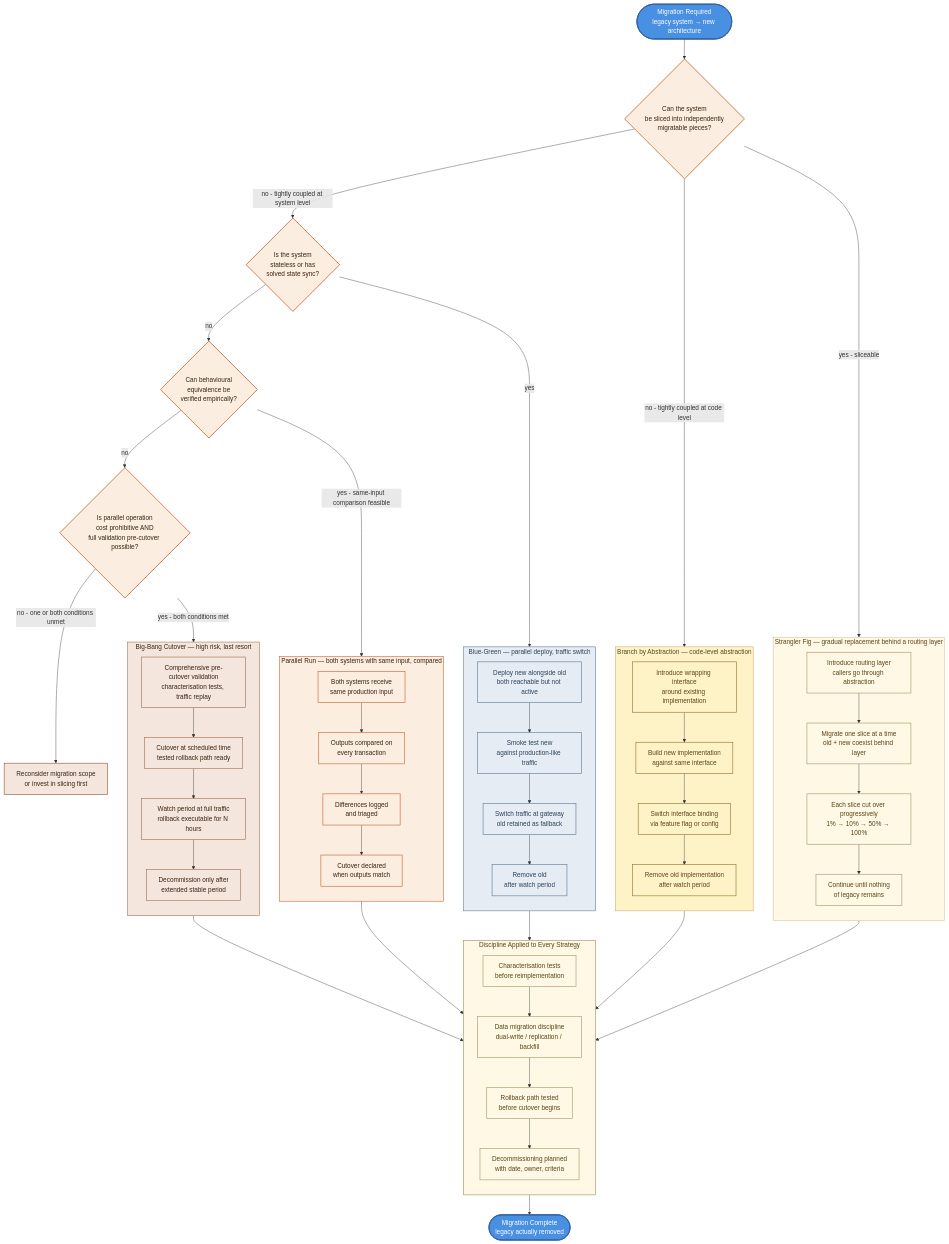
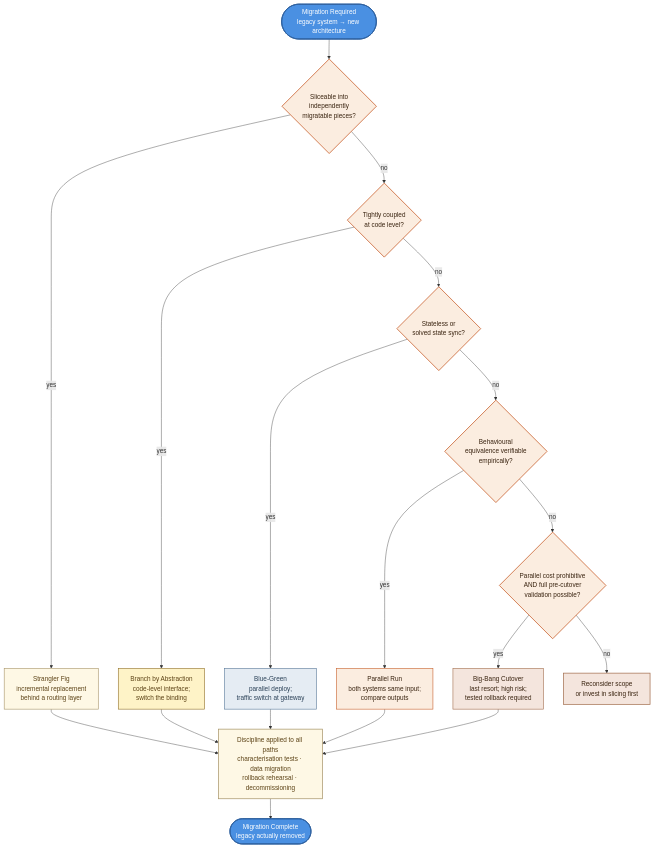
One commit to AscendionPlatformEngineering/knowledge-library changed the diagram in content/playbooks/migration/diagram.mmd. Above: the diagram before and after it, drawn with Mermaid. The commit also changed 1 other file, not shown here.

Commit message:
fix(v37): redesign api-lifecycle and migration diagrams for clean rendering

```diff
--- a/content/playbooks/migration/diagram.mmd
+++ b/content/playbooks/migration/diagram.mmd
@@ -1,164 +1,69 @@
 flowchart TB
 
     %% ─── Migration trigger ───
     START([Migration Required<br/>legacy system &rarr; new architecture])
 
-    %% ─── First decision ───
-    Q1{Can the system<br/>be sliced into independently<br/>migratable pieces?}
+    %% ─── Decision diamonds ───
+    Q1{Sliceable into<br/>independently<br/>migratable pieces?}
+    Q2{Tightly coupled<br/>at code level?}
+    Q3{Stateless or<br/>solved state sync?}
+    Q4{Behavioural<br/>equivalence verifiable<br/>empirically?}
+    Q5{Parallel cost prohibitive<br/>AND full pre-cutover<br/>validation possible?}
 
-    %% ─── Strangler path ───
-    subgraph STRANGLER [Strangler Fig &mdash; gradual replacement behind a routing layer]
-        direction TB
-        S1[Introduce routing layer<br/>callers go through abstraction]
-        S2[Migrate one slice at a time<br/>old + new coexist behind layer]
-        S3[Each slice cut over progressively<br/>1% &rarr; 10% &rarr; 50% &rarr; 100%]
-        S4[Continue until nothing<br/>of legacy remains]
+    %% ─── Strategy outcomes (one node per strategy, 3-line description) ───
+    S1[Strangler Fig<br/>incremental replacement<br/>behind a routing layer]
+    S2[Branch by Abstraction<br/>code-level interface;<br/>switch the binding]
+    S3[Blue-Green<br/>parallel deploy;<br/>traffic switch at gateway]
+    S4[Parallel Run<br/>both systems same input;<br/>compare outputs]
+    S5[Big-Bang Cutover<br/>last resort; high risk;<br/>tested rollback required]
+    RECON[Reconsider scope<br/>or invest in slicing first]
 
-        S1 --> S2 --> S3 --> S4
-    end
-
-    %% ─── Branch by Abstraction path ───
-    subgraph BRANCH [Branch by Abstraction &mdash; code-level abstraction]
-        direction TB
-        B1[Introduce wrapping interface<br/>around existing implementation]
-        B2[Build new implementation<br/>against same interface]
-        B3[Switch interface binding<br/>via feature flag or config]
-        B4[Remove old implementation<br/>after watch period]
-
-        B1 --> B2 --> B3 --> B4
-    end
-
-    %% ─── Q2: Stateless? ───
-    Q2{Is the system<br/>stateless or has<br/>solved state sync?}
-
-    %% ─── Blue-Green path ───
-    subgraph BLUEGREEN [Blue-Green &mdash; parallel deploy, traffic switch]
-        direction TB
-        BG1[Deploy new alongside old<br/>both reachable but not active]
-        BG2[Smoke test new<br/>against production-like traffic]
-        BG3[Switch traffic at gateway<br/>old retained as fallback]
-        BG4[Remove old<br/>after watch period]
-
-        BG1 --> BG2 --> BG3 --> BG4
-    end
-
-    %% ─── Q3: Validation possible? ───
-    Q3{Can behavioural<br/>equivalence be<br/>verified empirically?}
-
-    %% ─── Parallel Run path ───
-    subgraph PARALLEL [Parallel Run &mdash; both systems with same input, compared]
-        direction TB
-        P1[Both systems receive<br/>same production input]
-        P2[Outputs compared on<br/>every transaction]
-        P3[Differences logged<br/>and triaged]
-        P4[Cutover declared<br/>when outputs match]
-
-        P1 --> P2 --> P3 --> P4
-    end
-
-    %% ─── Q4: Last resort ───
-    Q4{Is parallel operation<br/>cost prohibitive AND<br/>full validation pre-cutover possible?}
-
-    %% ─── Big Bang path ───
-    subgraph BIGBANG [Big-Bang Cutover &mdash; high risk, last resort]
-        direction TB
-        BB1[Comprehensive pre-cutover validation<br/>characterisation tests, traffic replay]
-        BB2[Cutover at scheduled time<br/>tested rollback path ready]
-        BB3[Watch period at full traffic<br/>rollback executable for N hours]
-        BB4[Decommission only after<br/>extended stable period]
-
-        BB1 --> BB2 --> BB3 --> BB4
-    end
-
-    %% ─── Reconsider node ───
-    RECON[Reconsider migration scope<br/>or invest in slicing first]
-
-    %% ─── Common discipline applies to all paths ───
-    subgraph DISCIPLINE [Discipline Applied to Every Strategy]
-        direction TB
-        D1[Characterisation tests<br/>before reimplementation]
-        D2[Data migration discipline<br/>dual-write / replication / backfill]
-        D3[Rollback path tested<br/>before cutover begins]
-        D4[Decommissioning planned<br/>with date, owner, criteria]
-
-        D1 --> D2 --> D3 --> D4
-    end
+    %% ─── Universal discipline ───
+    DISC[Discipline applied to all paths<br/>characterisation tests &middot; data migration<br/>rollback rehearsal &middot; decommissioning]
 
     %% ─── Outcome ───
     DONE([Migration Complete<br/>legacy actually removed])
 
     %% ─── Decision flow ───
     START --> Q1
-    Q1 -->|yes - sliceable| STRANGLER
-    Q1 -->|no - tightly coupled at code level| BRANCH
-    Q1 -->|no - tightly coupled at system level| Q2
+    Q1 -->|yes| S1
+    Q1 -->|no| Q2
+    Q2 -->|yes| S2
+    Q2 -->|no| Q3
+    Q3 -->|yes| S3
+    Q3 -->|no| Q4
+    Q4 -->|yes| S4
+    Q4 -->|no| Q5
+    Q5 -->|yes| S5
+    Q5 -->|no| RECON
 
-    Q2 -->|yes| BLUEGREEN
-    Q2 -->|no| Q3
+    %% ─── All strategy paths converge through discipline to completion ───
+    S1 --> DISC
+    S2 --> DISC
+    S3 --> DISC
+    S4 --> DISC
+    S5 --> DISC
 
-    Q3 -->|yes - same-input comparison feasible| PARALLEL
-    Q3 -->|no| Q4
-
-    Q4 -->|yes - both conditions met| BIGBANG
-    Q4 -->|no - one or both conditions unmet| RECON
-
-    %% ─── All paths converge through discipline to completion ───
-    S4  --> DISCIPLINE
-    B4  --> DISCIPLINE
-    BG4 --> DISCIPLINE
-    P4  --> DISCIPLINE
-    BB4 --> DISCIPLINE
-
-    DISCIPLINE --> DONE
+    DISC --> DONE
 
     %% ─── Node styles ───
     style START fill:#4A90E2,stroke:#2C5F9E,stroke-width:2px,color:#FFFFFF
     style DONE  fill:#4A90E2,stroke:#2C5F9E,stroke-width:2px,color:#FFFFFF
     style RECON fill:#F4E5DD,stroke:#A37050,stroke-width:1.8px,color:#3A2410
 
-    %% Decision diamonds — terracotta accent
+    %% Decision diamonds — terracotta accent for prominence
     style Q1 fill:#FBEDE0,stroke:#C96330,stroke-width:2px,color:#3A2410
     style Q2 fill:#FBEDE0,stroke:#C96330,stroke-width:2px,color:#3A2410
     style Q3 fill:#FBEDE0,stroke:#C96330,stroke-width:2px,color:#3A2410
     style Q4 fill:#FBEDE0,stroke:#C96330,stroke-width:2px,color:#3A2410
+    style Q5 fill:#FBEDE0,stroke:#C96330,stroke-width:2px,color:#3A2410
 
-    %% Strategy paths — distinct colours per strategy
+    %% Strategy outcomes — distinct fill per strategy for visual differentiation
     style S1 fill:#FEF8E5,stroke:#A8956A,stroke-width:1.5px,color:#5C4316
-    style S2 fill:#FEF8E5,stroke:#A8956A,stroke-width:1.5px,color:#5C4316
-    style S3 fill:#FEF8E5,stroke:#A8956A,stroke-width:1.5px,color:#5C4316
-    style S4 fill:#FEF8E5,stroke:#A8956A,stroke-width:1.5px,color:#5C4316
+    style S2 fill:#FEF3C7,stroke:#92722C,stroke-width:1.5px,color:#5C4316
+    style S3 fill:#E5ECF3,stroke:#5A7A9A,stroke-width:1.5px,color:#2C4258
+    style S4 fill:#FBEDE0,stroke:#C96330,stroke-width:1.5px,color:#3A2410
+    style S5 fill:#F4E5DD,stroke:#A37050,stroke-width:1.5px,color:#3A2410
 
-    style B1 fill:#FEF3C7,stroke:#92722C,stroke-width:1.5px,color:#5C4316
-    style B2 fill:#FEF3C7,stroke:#92722C,stroke-width:1.5px,color:#5C4316
-    style B3 fill:#FEF3C7,stroke:#92722C,stroke-width:1.5px,color:#5C4316
-    style B4 fill:#FEF3C7,stroke:#92722C,stroke-width:1.5px,color:#5C4316
-
-    style BG1 fill:#E5ECF3,stroke:#5A7A9A,stroke-width:1.5px,color:#2C4258
-    style BG2 fill:#E5ECF3,stroke:#5A7A9A,stroke-width:1.5px,color:#2C4258
-    style BG3 fill:#E5ECF3,stroke:#5A7A9A,stroke-width:1.5px,color:#2C4258
-    style BG4 fill:#E5ECF3,stroke:#5A7A9A,stroke-width:1.5px,color:#2C4258
-
-    style P1 fill:#FBEDE0,stroke:#C96330,stroke-width:1.5px,color:#3A2410
-    style P2 fill:#FBEDE0,stroke:#C96330,stroke-width:1.5px,color:#3A2410
-    style P3 fill:#FBEDE0,stroke:#C96330,stroke-width:1.5px,color:#3A2410
-    style P4 fill:#FBEDE0,stroke:#C96330,stroke-width:1.5px,color:#3A2410
-
-    %% Big-bang — red-ish warning tones
-    style BB1 fill:#F4E5DD,stroke:#A37050,stroke-width:1.5px,color:#3A2410
-    style BB2 fill:#F4E5DD,stroke:#A37050,stroke-width:1.5px,color:#3A2410
-    style BB3 fill:#F4E5DD,stroke:#A37050,stroke-width:1.5px,color:#3A2410
-    style BB4 fill:#F4E5DD,stroke:#A37050,stroke-width:1.5px,color:#3A2410
-
-    %% Discipline cluster — uniform across all paths
-    style D1 fill:#FEF8E5,stroke:#A8956A,stroke-width:1.5px,color:#5C4316
-    style D2 fill:#FEF8E5,stroke:#A8956A,stroke-width:1.5px,color:#5C4316
-    style D3 fill:#FEF8E5,stroke:#A8956A,stroke-width:1.5px,color:#5C4316
-    style D4 fill:#FEF8E5,stroke:#A8956A,stroke-width:1.5px,color:#5C4316
-
-    %% Cluster styles
-    style STRANGLER  fill:#FEF8E5,stroke:#D4C599,stroke-width:1.4px,color:#5C4316
-    style BRANCH     fill:#FEF3C7,stroke:#D4A87A,stroke-width:1.4px,color:#5C4316
-    style BLUEGREEN  fill:#E5ECF3,stroke:#5A7A9A,stroke-width:1.4px,color:#2C4258
-    style PARALLEL   fill:#FBEDE0,stroke:#C96330,stroke-width:1.4px,color:#3A2410
-    style BIGBANG    fill:#F4E5DD,stroke:#A37050,stroke-width:1.4px,color:#3A2410
-    style DISCIPLINE fill:#FEF8E5,stroke:#A8956A,stroke-width:1.6px,color:#5C4316
+    %% Universal discipline — emphasised
+    style DISC fill:#FEF8E5,stroke:#A8956A,stroke-width:1.8px,color:#5C4316
```
